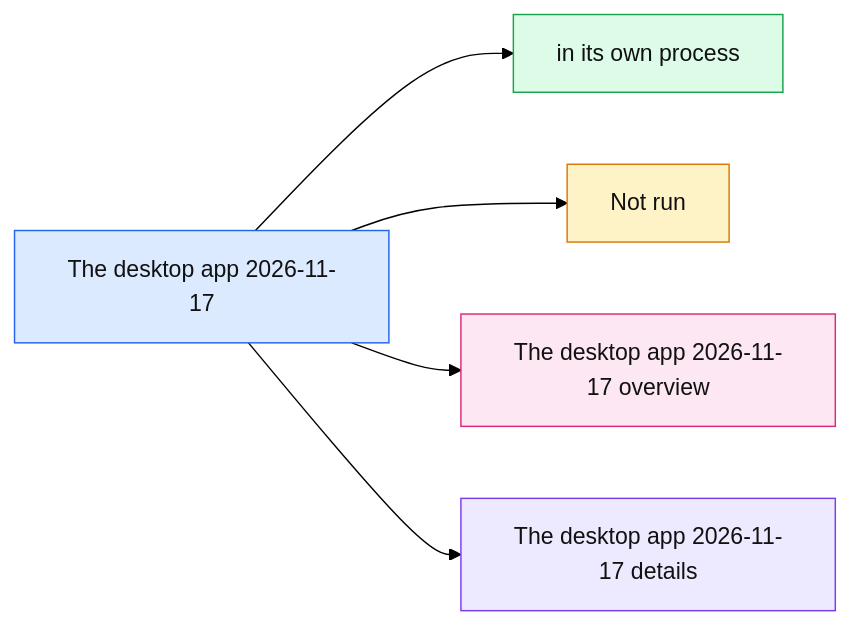
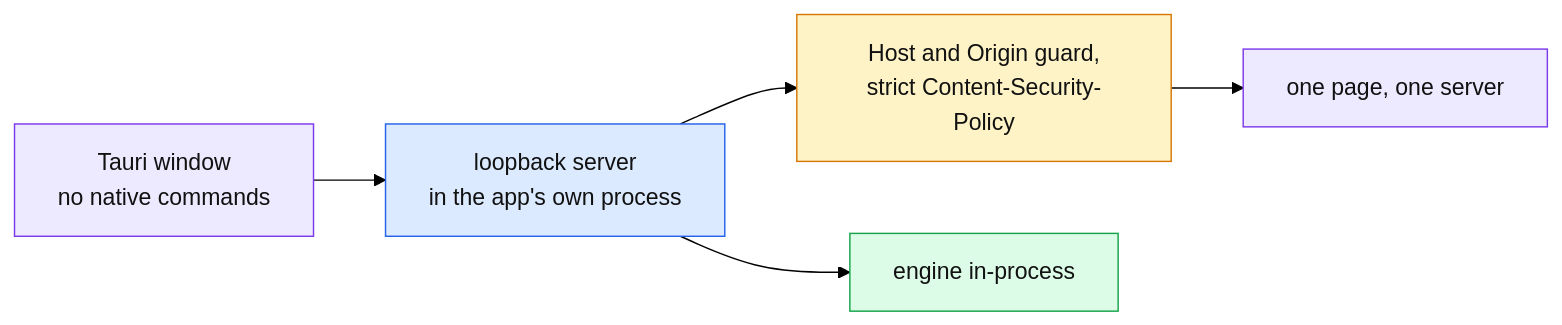
Before and after one commit to thomascherickal/ferrum-gpu: the seventh of 21 diagrams in docs/gui.md, drawn with Mermaid (forest theme). The commit also changed other lines of this file and 4 other files, not shown here.

First line of the commit message:
docs: hand-drawn data-flow diagrams for the readme, architecture and GUI pages

````diff
--- a/docs/gui.md
+++ b/docs/gui.md
@@ -51,13 +116,12 @@
 ```mermaid
 flowchart LR
-    a["The desktop app 2026-11-17"]:::root
-    a --> n0["in its own process"]:::c0
-    a --> n1["Not run"]:::c1
-    a --> n2["The desktop app 2026-11-17 overview"]:::c2
-    a --> n3["The desktop app 2026-11-17 details"]:::c3
-    classDef root fill:#dbeafe,stroke:#2563eb,color:#111
-    classDef c0 fill:#dcfce7,stroke:#16a34a,color:#111
-    classDef c1 fill:#fef3c7,stroke:#d97706,color:#111
-    classDef c2 fill:#fce7f3,stroke:#db2777,color:#111
-    classDef c3 fill:#ede9fe,stroke:#7c3aed,color:#111
+    win["Tauri window<br/>no native commands"]:::host --> srv["loopback server<br/>in the app's own process"]:::core
+    srv --> grd["Host and Origin guard,<br/>strict Content-Security-Policy"]:::cpu
+    grd --> pg["one page, one server"]:::host
+    srv --> eng["engine in-process"]:::gpu
+    classDef core fill:#dbeafe,stroke:#2563eb,color:#111
+    classDef gpu fill:#dcfce7,stroke:#16a34a,color:#111
+    classDef cpu fill:#fef3c7,stroke:#d97706,color:#111
+    classDef io fill:#fce7f3,stroke:#db2777,color:#111
+    classDef host fill:#ede9fe,stroke:#7c3aed,color:#111
 ```
````
